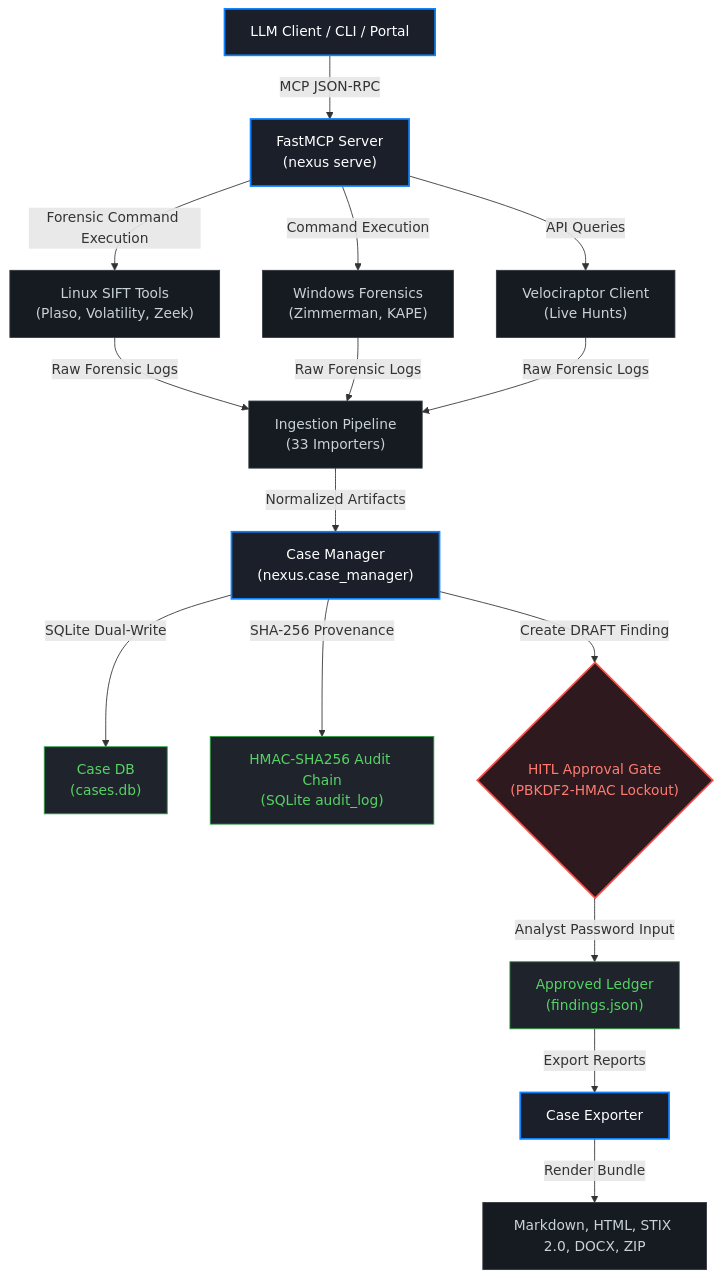
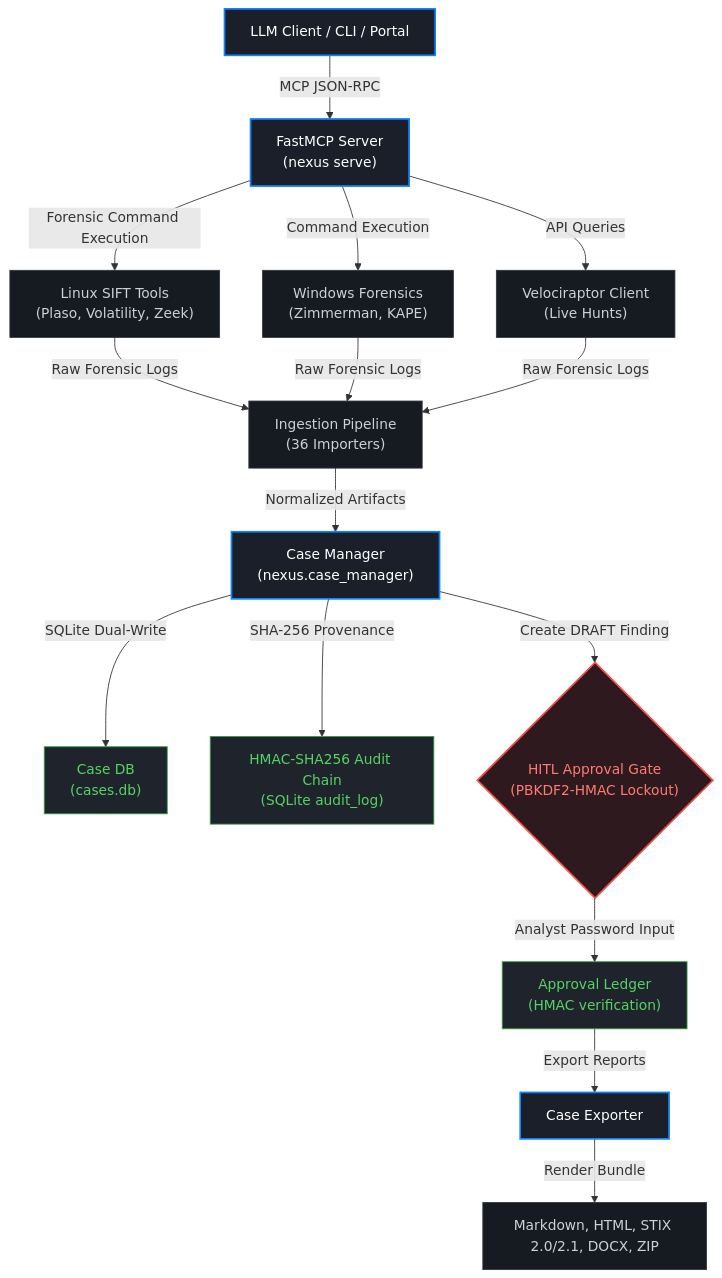
Before and after one commit to Ganron007/DFIR-Nexus: the diagram in README.md, drawn with Mermaid. The commit also changed other lines of this file and 2 other files, not shown here.

````diff
--- a/README.md
+++ b/README.md
@@ -35,28 +37,28 @@
 ```mermaid
 graph TD
     classDef main fill:#1a1f29,stroke:#0f83ff,stroke-width:2px,color:#ffffff;
     classDef secondary fill:#161b22,stroke:#30363d,stroke-width:1px,color:#c9d1d9;
     classDef gate fill:#2e1a1e,stroke:#f85149,stroke-width:2px,color:#ff7b72;
     classDef storage fill:#1f242c,stroke:#2ea043,stroke-width:1px,color:#56d364;
 
     Client["LLM Client / CLI / Portal"]:::main -->|MCP JSON-RPC| Server["FastMCP Server<br/>(nexus serve)"]:::main
     
     Server -->|Forensic Command Execution| SIFT["Linux SIFT Tools<br/>(Plaso, Volatility, Zeek)"]:::secondary
     Server -->|Command Execution| WinForensics["Windows Forensics<br/>(Zimmerman, KAPE)"]:::secondary
     Server -->|API Queries| Velociraptor["Velociraptor Client<br/>(Live Hunts)"]:::secondary
 
-    SIFT & WinForensics & Velociraptor -->|Raw Forensic Logs| Ingest["Ingestion Pipeline<br/>(33 Importers)"]:::secondary
+    SIFT & WinForensics & Velociraptor -->|Raw Forensic Logs| Ingest["Ingestion Pipeline<br/>(36 Importers)"]:::secondary
     
     Ingest -->|Normalized Artifacts| CaseMgr["Case Manager<br/>(nexus.case_manager)"]:::main
     
     CaseMgr -->|SQLite Dual-Write| Store["Case DB<br/>(cases.db)"]:::storage
     CaseMgr -->|SHA-256 Provenance| AuditChain["HMAC-SHA256 Audit Chain<br/>(SQLite audit_log)"]:::storage
 
     CaseMgr -->|Create DRAFT Finding| FindingGate{"HITL Approval Gate<br/>(PBKDF2-HMAC Lockout)"}:::gate
     
-    FindingGate -->|Analyst Password Input| Approved["Approved Ledger<br/>(findings.json)"]:::storage
+    FindingGate -->|Analyst Password Input| Approved["Approval Ledger<br/>(HMAC verification)"]:::storage
     
     Approved -->|Export Reports| Exporter["Case Exporter"]:::main
     
-    Exporter -->|Render Bundle| Reports["Markdown, HTML, STIX 2.0, DOCX, ZIP"]:::secondary
+    Exporter -->|Render Bundle| Reports["Markdown, HTML, STIX 2.0/2.1, DOCX, ZIP"]:::secondary
 ```
````
